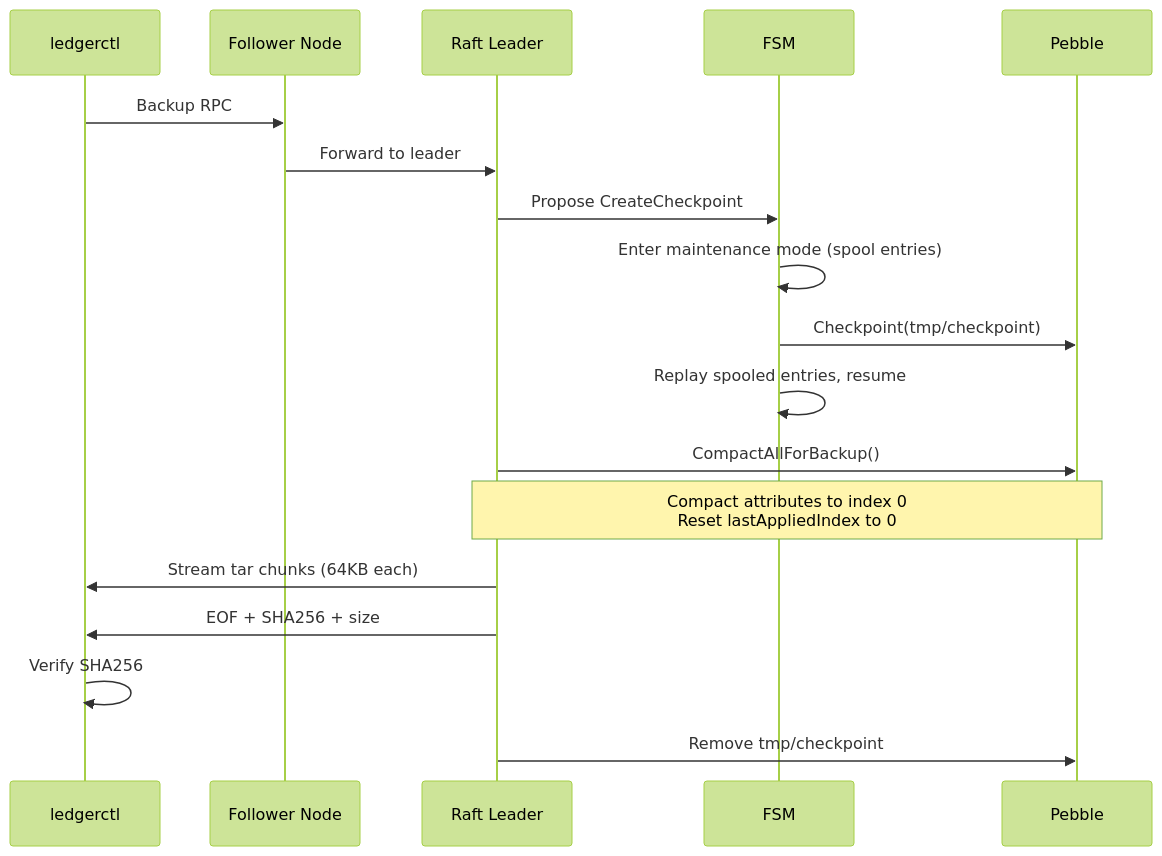
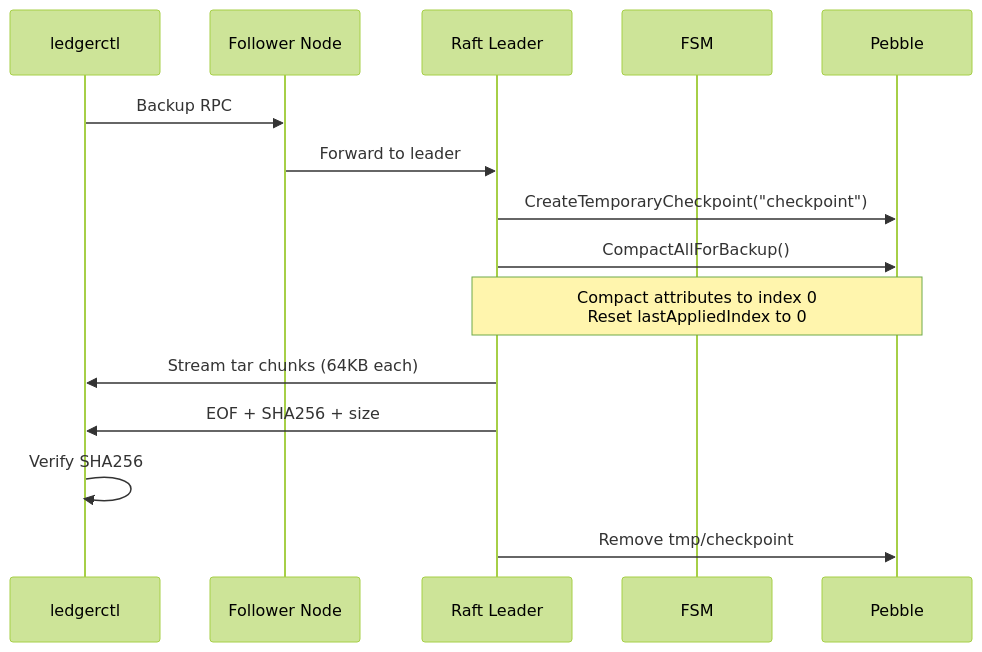
The diagram in docs/ops/backup-restore.md (formancehq/ledger), drawn with Mermaid (forest theme) before and after one commit. The commit also changed other lines of this file and 8 other files, not shown here.

````diff
--- a/docs/ops/backup-restore.md
+++ b/docs/ops/backup-restore.md
@@ -115,25 +113,22 @@
 ```mermaid
 sequenceDiagram
     participant Client as ledgerctl
     participant Follower as Follower Node
     participant Leader as Raft Leader
     participant FSM
     participant Pebble
 
     Client->>Follower: Backup RPC
     Follower->>Leader: Forward to leader
 
-    Leader->>FSM: Propose CreateCheckpoint
-    FSM->>FSM: Enter maintenance mode (spool entries)
-    FSM->>Pebble: Checkpoint(tmp/checkpoint)
-    FSM->>FSM: Replay spooled entries, resume
+    Leader->>Pebble: CreateTemporaryCheckpoint("checkpoint")
 
     Leader->>Pebble: CompactAllForBackup()
     Note over Leader,Pebble: Compact attributes to index 0<br/>Reset lastAppliedIndex to 0
 
     Leader->>Client: Stream tar chunks (64KB each)
     Leader->>Client: EOF + SHA256 + size
 
     Client->>Client: Verify SHA256
     Leader->>Pebble: Remove tmp/checkpoint
 ```
````
